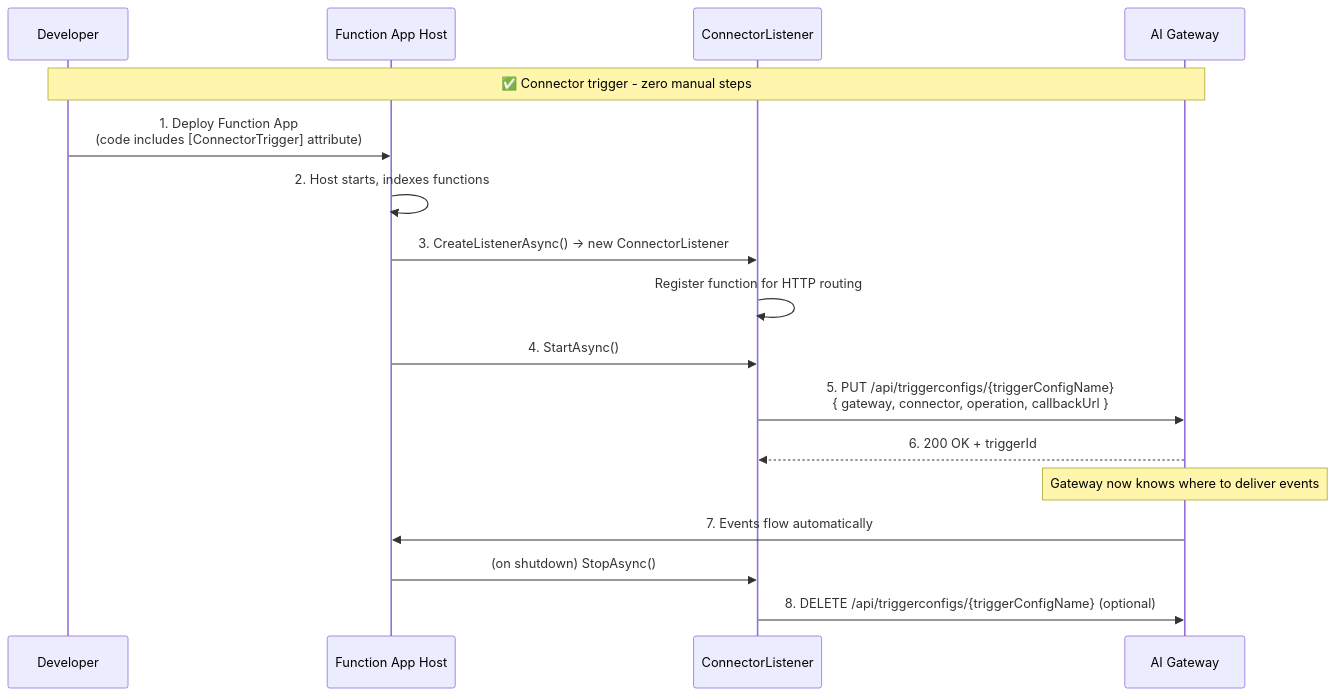
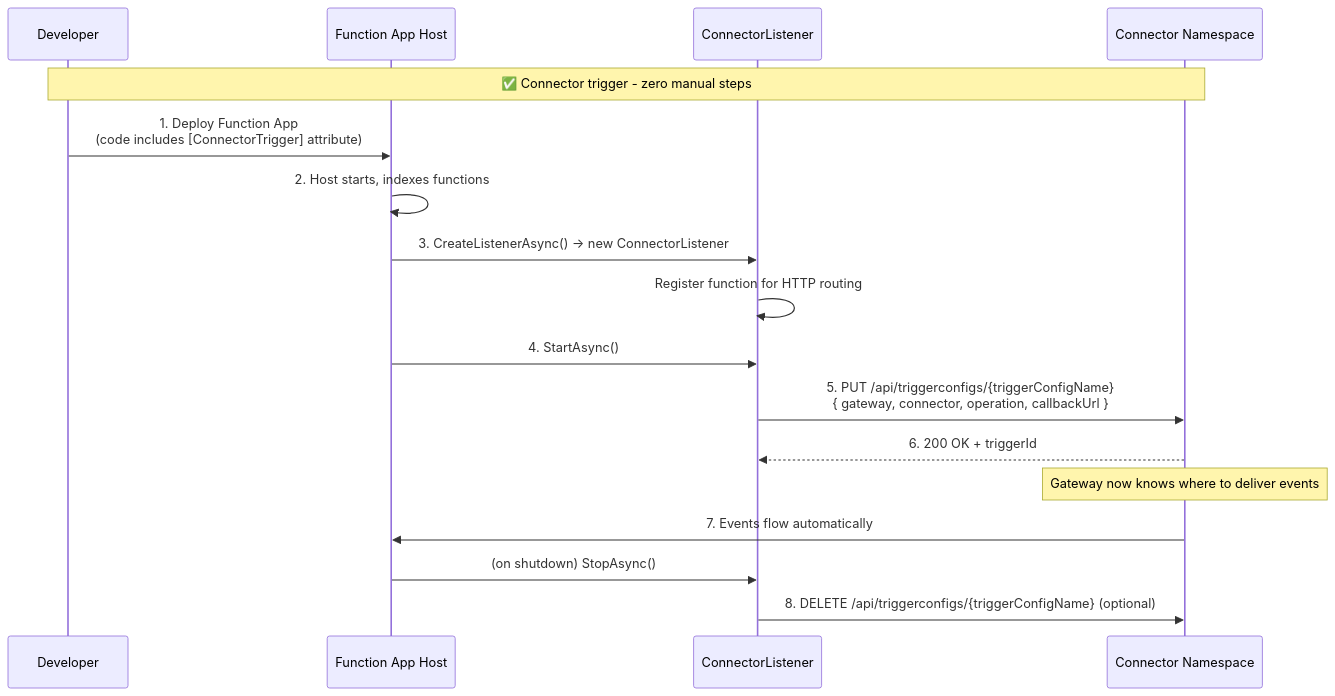
The second of 9 diagrams in docs/webhook-auto-registration-design.md (Azure/azure-functions-connector-extension), drawn with Mermaid before and after one commit. The commit also changed other lines of this file and 3 other files, not shown here.

````diff
--- a/docs/webhook-auto-registration-design.md
+++ b/docs/webhook-auto-registration-design.md
@@ -27,21 +27,21 @@
 ```mermaid
 sequenceDiagram
     participant Dev as Developer
     participant FA as Function App Host
     participant Listener as ConnectorListener
-    participant GW as AI Gateway
+    participant GW as Connector Namespace
 
     Note over Dev,GW: ✅ Connector trigger - zero manual steps
 
     Dev->>FA: 1. Deploy Function App<br/>(code includes [ConnectorTrigger] attribute)
     FA->>FA: 2. Host starts, indexes functions
     FA->>Listener: 3. CreateListenerAsync() → new ConnectorListener
     Listener->>Listener: Register function for HTTP routing
     FA->>Listener: 4. StartAsync()
     Listener->>GW: 5. PUT /api/triggerconfigs/{triggerConfigName}<br/>{ gateway, connector, operation, callbackUrl }
     GW-->>Listener: 6. 200 OK + triggerId
     Note over GW: Gateway now knows where to deliver events
     GW->>FA: 7. Events flow automatically
     FA->>Listener: (on shutdown) StopAsync()
     Listener->>GW: 8. DELETE /api/triggerconfigs/{triggerConfigName} (optional)
 ```
````
